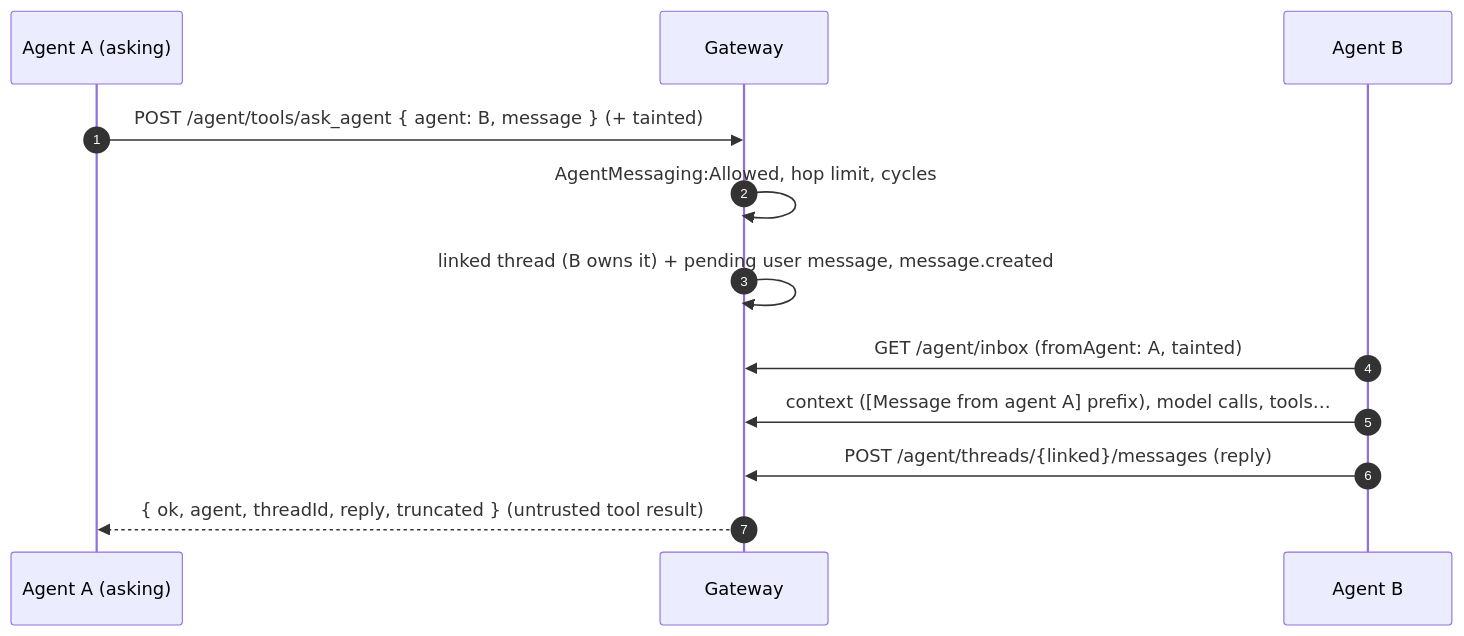
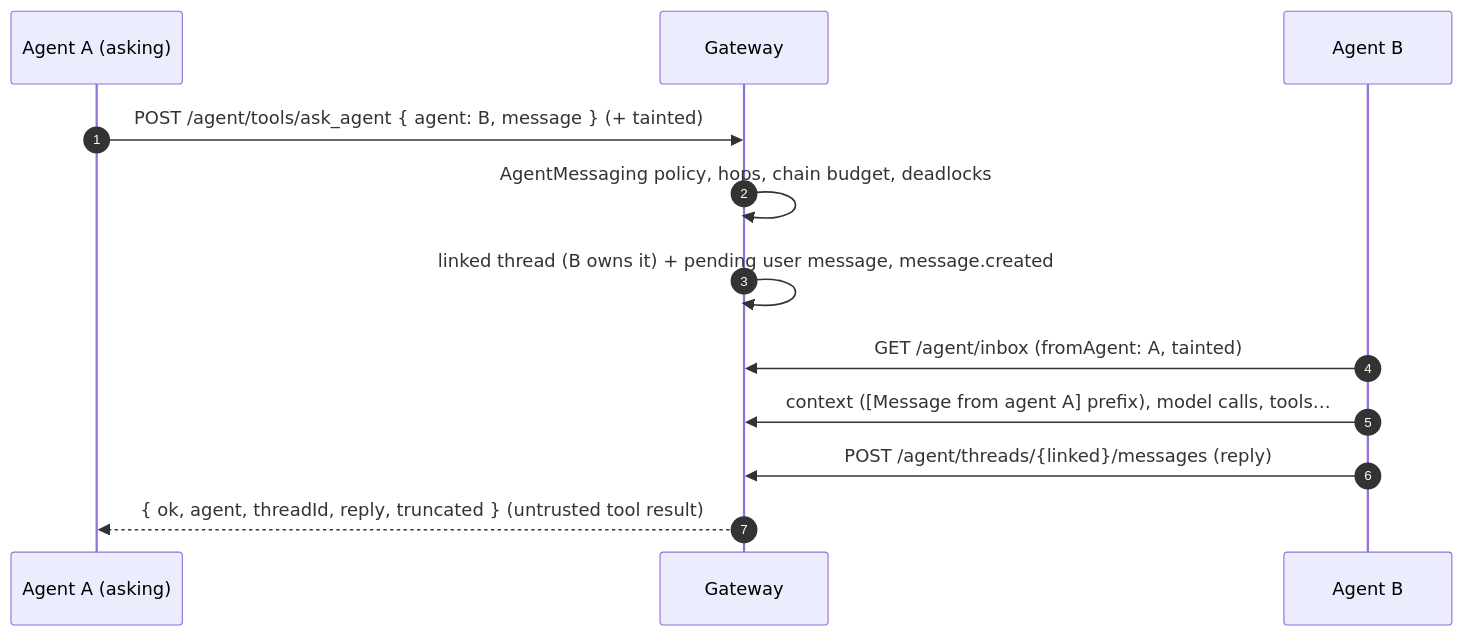
The third of 3 diagrams in docs/architecture.md (kjhughes097/sharpclaw), drawn with Mermaid before and after one commit. The commit also changed other lines of this file and 18 other files, not shown here.

First line of the commit message:
feat: any agent may ask any other; bound chains and refuse deadlocks

````diff
--- a/docs/architecture.md
+++ b/docs/architecture.md
@@ -146,14 +146,14 @@
 ```mermaid
 sequenceDiagram
   autonumber
   participant A as Agent A (asking)
   participant G as Gateway
   participant B as Agent B
   A->>G: POST /agent/tools/ask_agent { agent: B, message } (+ tainted)
-  G->>G: AgentMessaging:Allowed, hop limit, cycles
+  G->>G: AgentMessaging policy, hops, chain budget, deadlocks
   G->>G: linked thread (B owns it) + pending user message, message.created
   B->>G: GET /agent/inbox (fromAgent: A, tainted)
   B->>G: context ([Message from agent A] prefix), model calls, tools…
   B->>G: POST /agent/threads/{linked}/messages (reply)
   G-->>A: { ok, agent, threadId, reply, truncated } (untrusted tool result)
 ```
````
